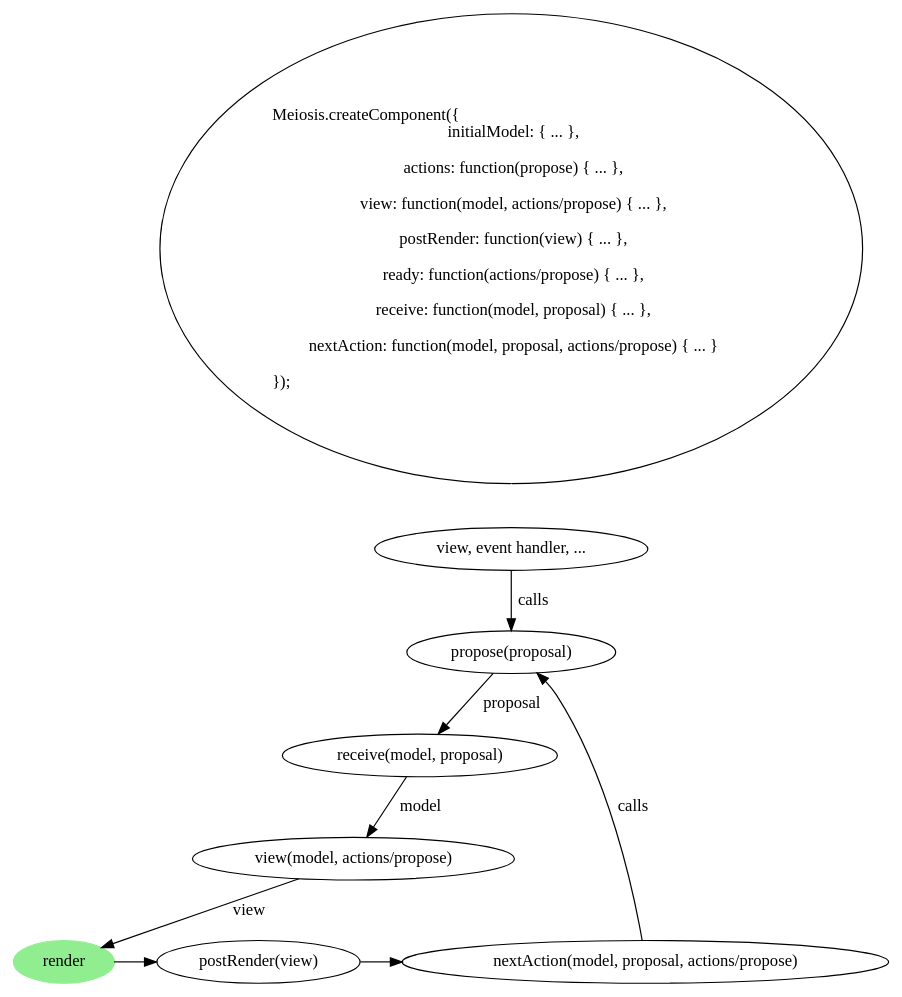
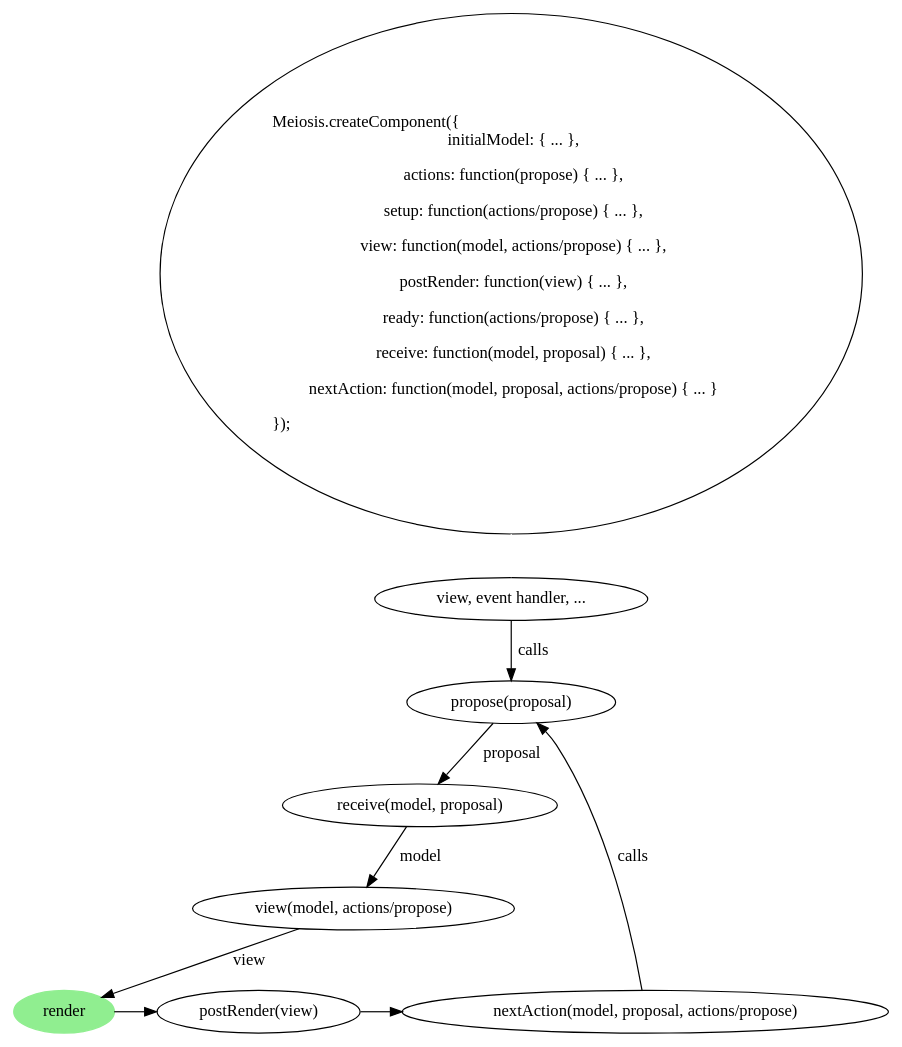
Before and after one commit to foxdonut/meiosis-guide: the diagram in images/meiosis_update.dot, drawn with Graphviz. The commit also changed 7 other files, not shown here.

```diff
--- a/images/meiosis_update.dot
+++ b/images/meiosis_update.dot
@@ -1,29 +1,30 @@
 digraph meiosis_update {
   createComponent [fontname=Hack, label = "\lMeiosis.createComponent(\{\l\ \ initialModel: \{ ... \},
     \l  actions: function(propose) \{ ... \},
+    \l  setup: function(actions/propose) \{ ... \},
     \l  view: function(model, actions/propose) \{ ... \},
     \l  postRender: function(view) \{ ... \},
     \l  ready: function(actions/propose) \{ ... \},
     \l  receive: function(model, proposal) \{ ... \},
     \l  nextAction: function(model, proposal, actions/propose) \{ ... \}
     \l\});\l\l"]
 
   trigger [label = "view, event handler, ..."]
   propose [label = "propose(proposal)", fontname=Hack]
   receive [label = "receive(model, proposal)", fontname=Hack]
   view [label = "view(model, actions/propose)", fontname=Hack]
   render [style=filled, color=lightgreen]
   postRender [label = "postRender(view)", fontname=Hack]
   nextAction [label = "nextAction(model, proposal, actions/propose)", fontname=Hack]
 
   {rank=same; render postRender nextAction}
 
   createComponent -> trigger [arrowhead=none, arrowtail=empty, color=white]
   trigger -> propose [label = " calls"]
   propose -> receive [label = " proposal"]
   receive -> view [label = " model"]
   view -> render [label = " view"]
   render -> postRender
   postRender -> nextAction
   nextAction -> propose [label = " calls"]
 }
```
